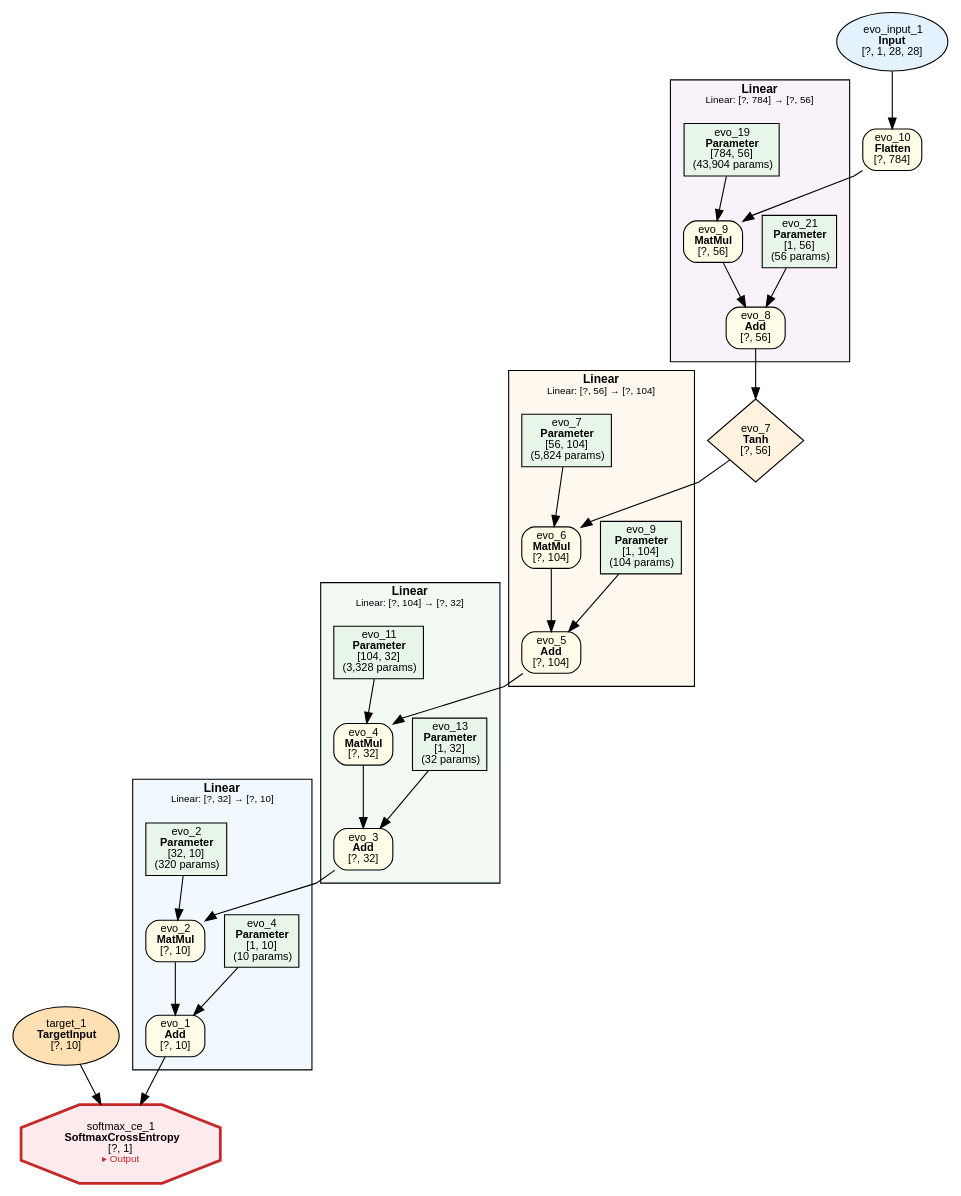
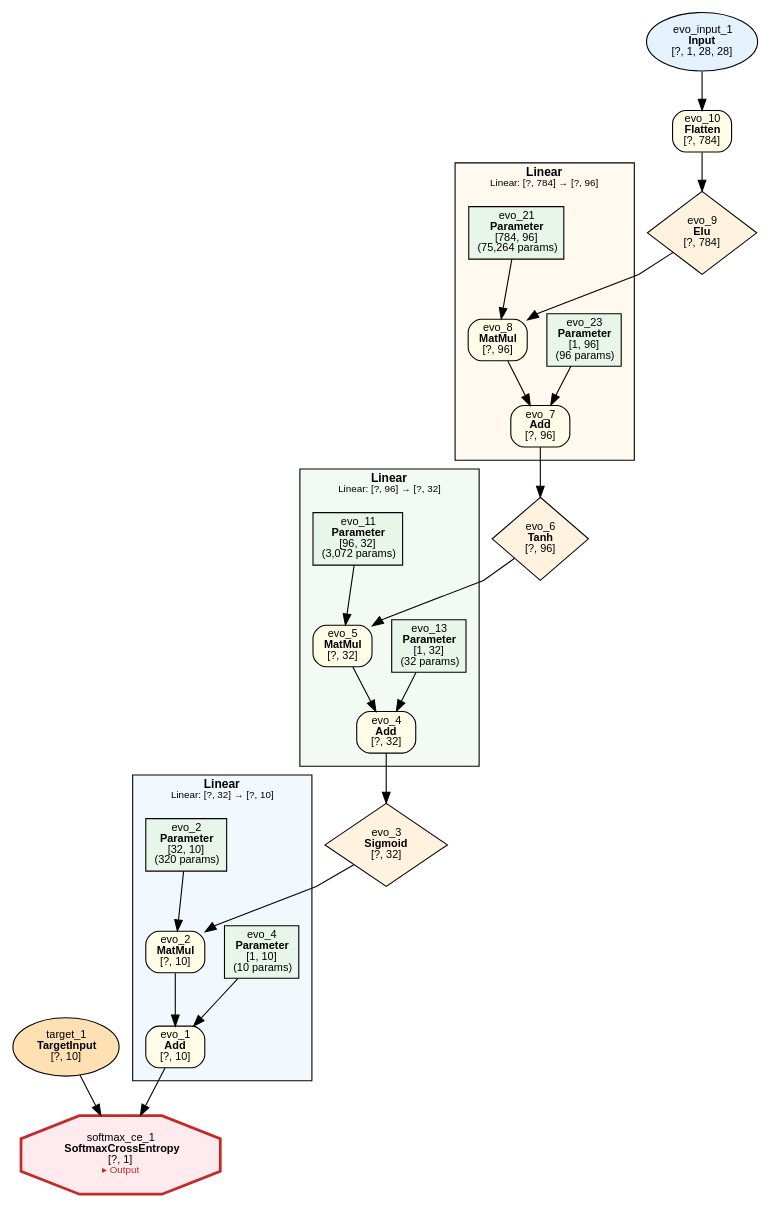
Before and after one commit to dbsxdbsx/only_torch: the diagram in examples/evolution/mnist/evolution_mnist.dot, drawn with Graphviz. The commit also changed 1 other file, not shown here.

```diff
--- a/examples/evolution/mnist/evolution_mnist.dot
+++ b/examples/evolution/mnist/evolution_mnist.dot
@@ -1,86 +1,73 @@
 digraph ComputeGraph {
     rankdir=TB;
     newrank=true;
     splines=polyline;
     node [fontname="Microsoft YaHei,SimHei,Arial"];
     edge [fontname="Microsoft YaHei,SimHei,Arial"];
 
     subgraph cluster_group_linear_1 {
         label=<<B>Linear</B><BR/><FONT POINT-SIZE="9">Linear: [?, 32] → [?, 10]</FONT>>;
         style=filled;
         fillcolor="#E3F2FD80";
         fontname="Microsoft YaHei,SimHei,Arial";
         fontsize=11;
         margin=12;
             "2" [label=<evo_1<BR/><B>Add</B><BR/>[?, 10]> shape=box style="filled,rounded" fillcolor="#FFFDE7" fontsize=10];
             "4" [label=<evo_2<BR/><B>MatMul</B><BR/>[?, 10]> shape=box style="filled,rounded" fillcolor="#FFFDE7" fontsize=10];
             "5" [label=<evo_4<BR/><B>Parameter</B><BR/>[1, 10]<BR/>(10 params)> shape=box style=filled fillcolor="#E8F5E9" fontsize=10];
             "7" [label=<evo_2<BR/><B>Parameter</B><BR/>[32, 10]<BR/>(320 params)> shape=box style=filled fillcolor="#E8F5E9" fontsize=10];
     }
 
     subgraph cluster_group_linear_3 {
-        label=<<B>Linear</B><BR/><FONT POINT-SIZE="9">Linear: [?, 104] → [?, 32]</FONT>>;
+        label=<<B>Linear</B><BR/><FONT POINT-SIZE="9">Linear: [?, 96] → [?, 32]</FONT>>;
         style=filled;
         fillcolor="#E8F5E980";
         fontname="Microsoft YaHei,SimHei,Arial";
         fontsize=11;
         margin=12;
-            "6" [label=<evo_3<BR/><B>Add</B><BR/>[?, 32]> shape=box style="filled,rounded" fillcolor="#FFFDE7" fontsize=10];
-            "8" [label=<evo_4<BR/><B>MatMul</B><BR/>[?, 32]> shape=box style="filled,rounded" fillcolor="#FFFDE7" fontsize=10];
-            "9" [label=<evo_13<BR/><B>Parameter</B><BR/>[1, 32]<BR/>(32 params)> shape=box style=filled fillcolor="#E8F5E9" fontsize=10];
-            "11" [label=<evo_11<BR/><B>Parameter</B><BR/>[104, 32]<BR/>(3,328 params)> shape=box style=filled fillcolor="#E8F5E9" fontsize=10];
+            "8" [label=<evo_4<BR/><B>Add</B><BR/>[?, 32]> shape=box style="filled,rounded" fillcolor="#FFFDE7" fontsize=10];
+            "9" [label=<evo_5<BR/><B>MatMul</B><BR/>[?, 32]> shape=box style="filled,rounded" fillcolor="#FFFDE7" fontsize=10];
+            "10" [label=<evo_13<BR/><B>Parameter</B><BR/>[1, 32]<BR/>(32 params)> shape=box style=filled fillcolor="#E8F5E9" fontsize=10];
+            "12" [label=<evo_11<BR/><B>Parameter</B><BR/>[96, 32]<BR/>(3,072 params)> shape=box style=filled fillcolor="#E8F5E9" fontsize=10];
     }
 
-    subgraph cluster_group_linear_2 {
-        label=<<B>Linear</B><BR/><FONT POINT-SIZE="9">Linear: [?, 56] → [?, 104]</FONT>>;
+    subgraph cluster_group_linear_4 {
+        label=<<B>Linear</B><BR/><FONT POINT-SIZE="9">Linear: [?, 784] → [?, 96]</FONT>>;
         style=filled;
         fillcolor="#FFF3E080";
         fontname="Microsoft YaHei,SimHei,Arial";
         fontsize=11;
         margin=12;
-            "10" [label=<evo_5<BR/><B>Add</B><BR/>[?, 104]> shape=box style="filled,rounded" fillcolor="#FFFDE7" fontsize=10];
-            "12" [label=<evo_6<BR/><B>MatMul</B><BR/>[?, 104]> shape=box style="filled,rounded" fillcolor="#FFFDE7" fontsize=10];
-            "13" [label=<evo_9<BR/><B>Parameter</B><BR/>[1, 104]<BR/>(104 params)> shape=box style=filled fillcolor="#E8F5E9" fontsize=10];
-            "15" [label=<evo_7<BR/><B>Parameter</B><BR/>[56, 104]<BR/>(5,824 params)> shape=box style=filled fillcolor="#E8F5E9" fontsize=10];
-    }
-
-    subgraph cluster_group_linear_4 {
-        label=<<B>Linear</B><BR/><FONT POINT-SIZE="9">Linear: [?, 784] → [?, 56]</FONT>>;
-        style=filled;
-        fillcolor="#F3E5F580";
-        fontname="Microsoft YaHei,SimHei,Arial";
-        fontsize=11;
-        margin=12;
-            "16" [label=<evo_8<BR/><B>Add</B><BR/>[?, 56]> shape=box style="filled,rounded" fillcolor="#FFFDE7" fontsize=10];
-            "17" [label=<evo_9<BR/><B>MatMul</B><BR/>[?, 56]> shape=box style="filled,rounded" fillcolor="#FFFDE7" fontsize=10];
-            "18" [label=<evo_21<BR/><B>Parameter</B><BR/>[1, 56]<BR/>(56 params)> shape=box style=filled fillcolor="#E8F5E9" fontsize=10];
-            "20" [label=<evo_19<BR/><B>Parameter</B><BR/>[784, 56]<BR/>(43,904 params)> shape=box style=filled fillcolor="#E8F5E9" fontsize=10];
+            "13" [label=<evo_7<BR/><B>Add</B><BR/>[?, 96]> shape=box style="filled,rounded" fillcolor="#FFFDE7" fontsize=10];
+            "14" [label=<evo_8<BR/><B>MatMul</B><BR/>[?, 96]> shape=box style="filled,rounded" fillcolor="#FFFDE7" fontsize=10];
+            "15" [label=<evo_23<BR/><B>Parameter</B><BR/>[1, 96]<BR/>(96 params)> shape=box style=filled fillcolor="#E8F5E9" fontsize=10];
+            "17" [label=<evo_21<BR/><B>Parameter</B><BR/>[784, 96]<BR/>(75,264 params)> shape=box style=filled fillcolor="#E8F5E9" fontsize=10];
     }
 
     "1" [label=<softmax_ce_1<BR/><B>SoftmaxCrossEntropy</B><BR/>[?, 1]<BR/><FONT COLOR="#C62828" POINT-SIZE="9">▸ Output</FONT>> shape=octagon style=filled fillcolor="#FFEBEE" fontsize=10 penwidth=2.5 color="#C62828"];
     "3" [label=<target_1<BR/><B>TargetInput</B><BR/>[?, 10]> shape=ellipse style=filled fillcolor="#FFE0B2" fontsize=10];
-    "14" [label=<evo_7<BR/><B>Tanh</B><BR/>[?, 56]> shape=diamond style=filled fillcolor="#FFF3E0" fontsize=10];
-    "19" [label=<evo_10<BR/><B>Flatten</B><BR/>[?, 784]> shape=box style="filled,rounded" fillcolor="#FFFDE7" fontsize=10];
-    "21" [label=<evo_input_1<BR/><B>Input</B><BR/>[?, 1, 28, 28]> shape=ellipse style=filled fillcolor="#E3F2FD" fontsize=10];
+    "6" [label=<evo_3<BR/><B>Sigmoid</B><BR/>[?, 32]> shape=diamond style=filled fillcolor="#FFF3E0" fontsize=10];
+    "11" [label=<evo_6<BR/><B>Tanh</B><BR/>[?, 96]> shape=diamond style=filled fillcolor="#FFF3E0" fontsize=10];
+    "16" [label=<evo_9<BR/><B>Elu</B><BR/>[?, 784]> shape=diamond style=filled fillcolor="#FFF3E0" fontsize=10];
+    "18" [label=<evo_10<BR/><B>Flatten</B><BR/>[?, 784]> shape=box style="filled,rounded" fillcolor="#FFFDE7" fontsize=10];
+    "19" [label=<evo_input_1<BR/><B>Input</B><BR/>[?, 1, 28, 28]> shape=ellipse style=filled fillcolor="#E3F2FD" fontsize=10];
 
     "2" -> "1";
     "3" -> "1";
     "4" -> "2";
     "5" -> "2";
     "6" -> "4";
     "7" -> "4";
     "8" -> "6";
-    "9" -> "6";
+    "9" -> "8";
     "10" -> "8";
-    "11" -> "8";
-    "12" -> "10";
-    "13" -> "10";
-    "14" -> "12";
-    "15" -> "12";
+    "11" -> "9";
+    "12" -> "9";
+    "13" -> "11";
+    "14" -> "13";
+    "15" -> "13";
     "16" -> "14";
-    "17" -> "16";
+    "17" -> "14";
     "18" -> "16";
-    "19" -> "17";
-    "20" -> "17";
-    "21" -> "19";
+    "19" -> "18";
 }
```
